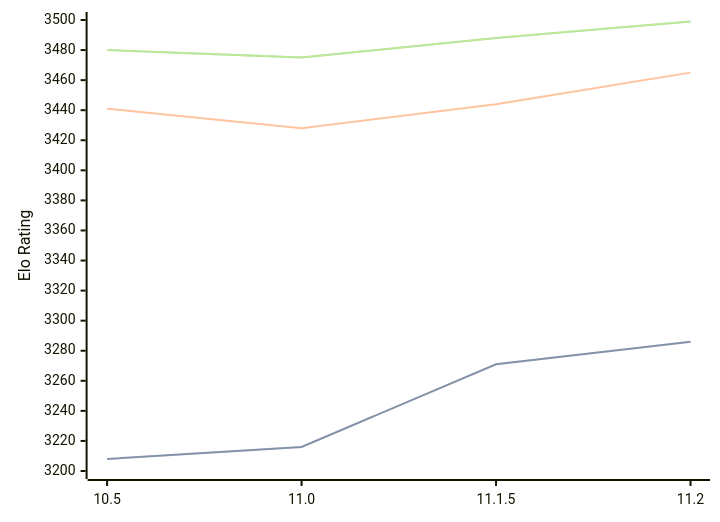
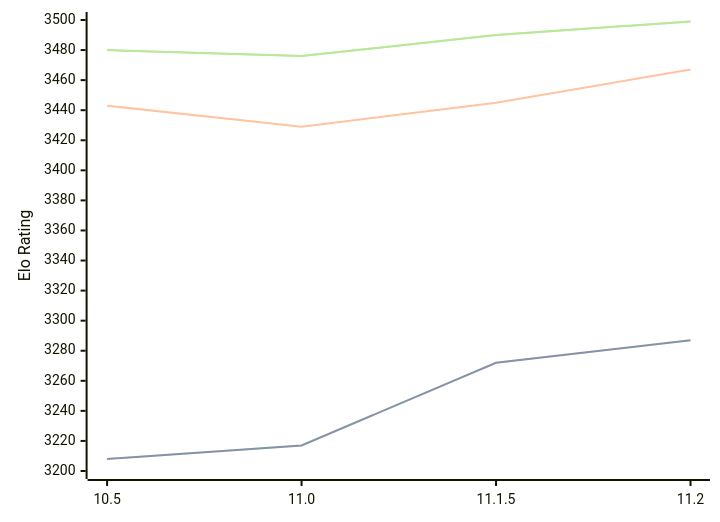
The third of 3 diagrams in engines/Lizard.md (computer-chess-index/cci), drawn with Mermaid before and after one commit. The commit also changed other lines of this file, not shown here.

Commit message:
Update CCI Ratings (ELO VLTC) - 2026-06-22

````diff
--- a/engines/Lizard.md
+++ b/engines/Lizard.md
@@ -79,11 +79,11 @@
 ```mermaid
 %%{init: {"theme":"base","themeVariables":{"seriesColors:['#a3a3a3','#222221','#faa371']}}}%%
 xychart-beta
   x-axis ["10.5", "11.0", "11.1.5", "11.2"]
   y-axis "Elo Rating" 3200 --> 3500
-  line "STC (8.0+0.08s)" [3208, 3216, 3271, 3286]
-  line "STC (8.0+0.08s)" [3208, 3216, 3271, 3286]
-  line "LTC (60.0+0.60s)" [3441, 3428, 3444, 3465]
-  line "VLTC (2m24s+1.12s)" [3480, 3475, 3488, 3499]
-  line "VLTC (2m24s+1.12s)" [3480, 3475, 3488, 3499]
+  line "STC (8.0+0.08s)" [3208, 3217, 3272, 3287]
+  line "STC (8.0+0.08s)" [3208, 3217, 3272, 3287]
+  line "LTC (60.0+0.60s)" [3443, 3429, 3445, 3467]
+  line "VLTC (2m24s+1.12s)" [3480, 3476, 3490, 3499]
+  line "VLTC (2m24s+1.12s)" [3480, 3476, 3490, 3499]
 ```
````
